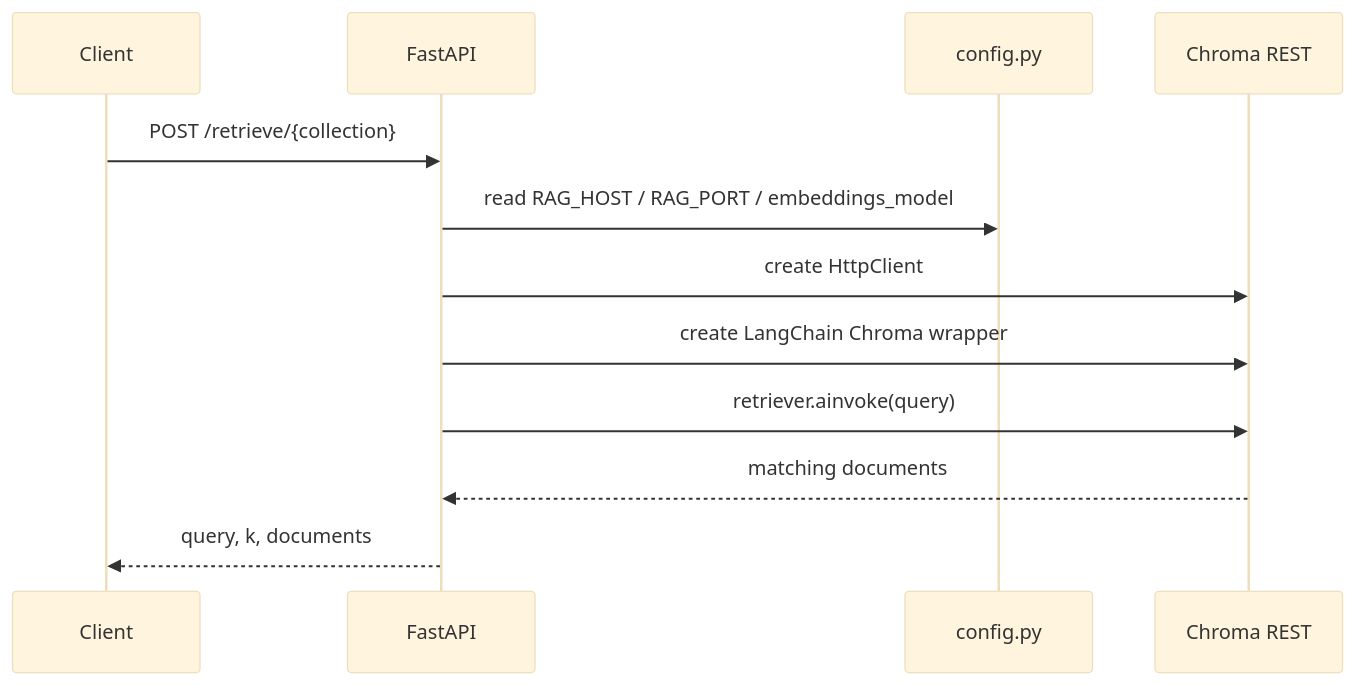
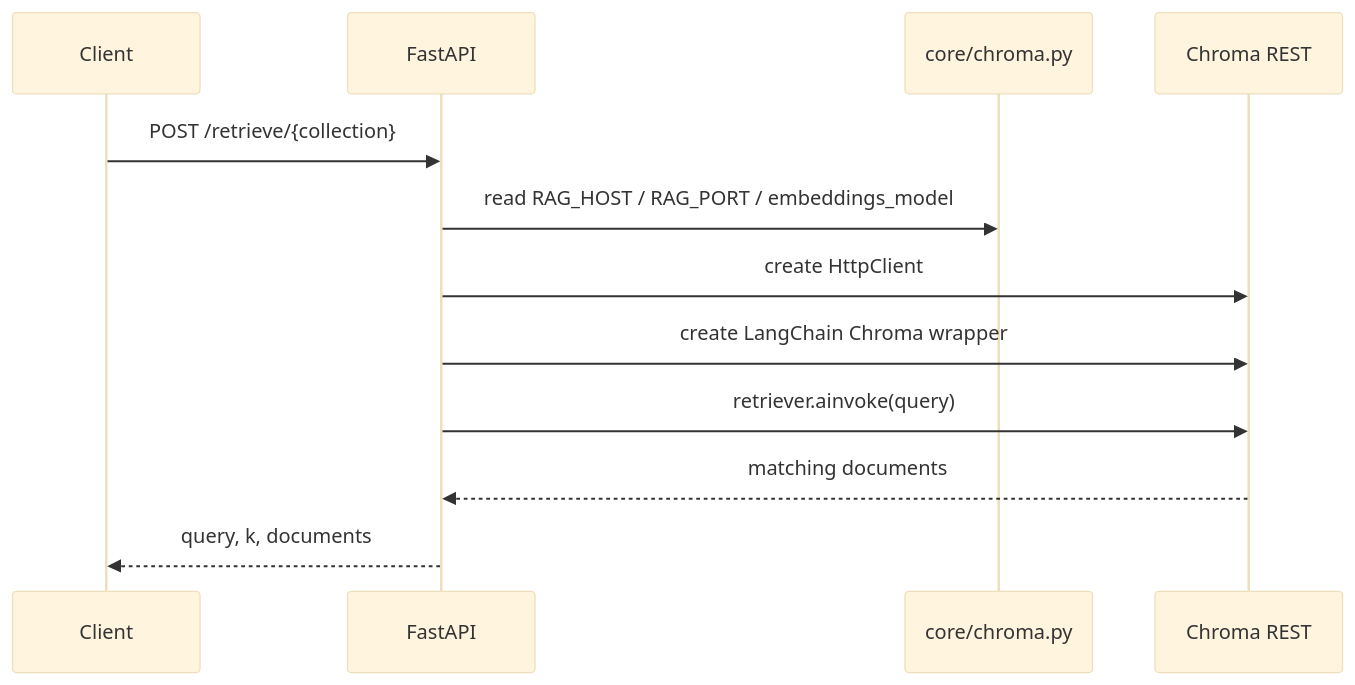
One commit to konstantinosmpouros/mAgenticX changed the fourth of 4 diagrams in src/rag_service/README.md. Above: the diagram before and after it, drawn with Mermaid (base theme). The commit also changed other lines of this file and 30 other files, not shown here.

````diff
--- a/src/rag_service/README.md
+++ b/src/rag_service/README.md
@@ -176,15 +178,15 @@
 ```mermaid
 sequenceDiagram
     participant Client
     participant API as FastAPI
-    participant Config as config.py
+    participant Config as core/chroma.py
     participant Chroma as Chroma REST
 
     Client->>API: POST /retrieve/{collection}
     API->>Config: read RAG_HOST / RAG_PORT / embeddings_model
     API->>Chroma: create HttpClient
     API->>Chroma: create LangChain Chroma wrapper
     API->>Chroma: retriever.ainvoke(query)
     Chroma-->>API: matching documents
     API-->>Client: query, k, documents
 ```
````
